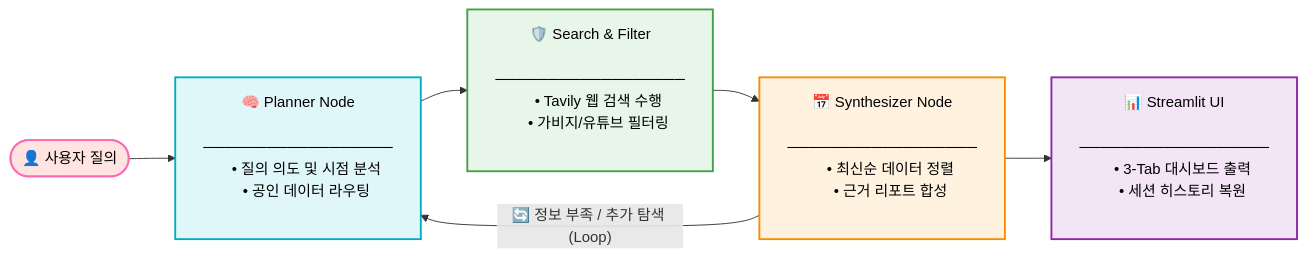
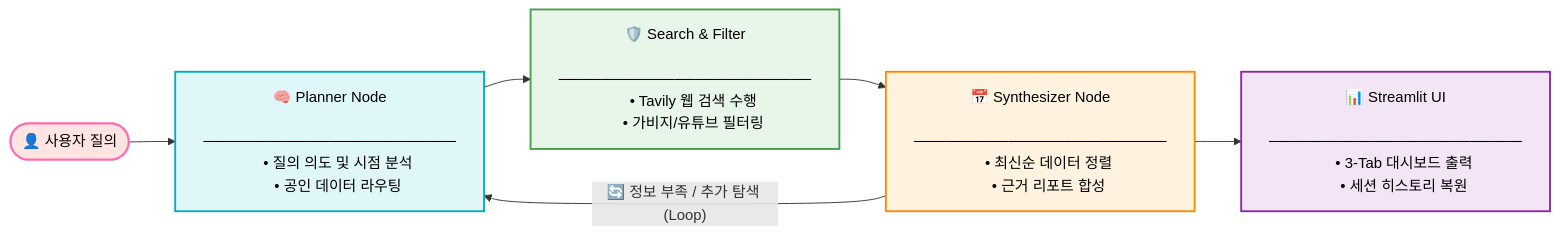
The diagram in README.md (sbg990530/Document-Agent), drawn with Mermaid before and after one commit.

````diff
--- a/README.md
+++ b/README.md
@@ -19,43 +19,39 @@
 ```mermaid
 graph LR
     classDef userStyle fill:#FFE4E1,stroke:#FF69B4,stroke-width:2px,color:#000;
     classDef plannerStyle fill:#E0F7FA,stroke:#00ACC1,stroke-width:2px,color:#000;
     classDef filterStyle fill:#E8F5E9,stroke:#43A047,stroke-width:2px,color:#000;
     classDef synthStyle fill:#FFF3E0,stroke:#FB8C00,stroke-width:2px,color:#000;
     classDef uiStyle fill:#F3E5F5,stroke:#8E24AA,stroke-width:2px,color:#000;
 
     A([👤 사용자 질의]):::userStyle 
     
-    B["🧠 Planner Node
-    ──────────────────
-    • 질의 의도 및 시점 분석
-    • 공인 데이터 라우팅
-    &nbsp;"]:::plannerStyle
+    B["&nbsp;&nbsp;&nbsp;&nbsp;🧠 Planner Node&nbsp;&nbsp;&nbsp;&nbsp;
+    ────────────────────────
+    &nbsp;• 질의 의도 및 시점 분석&nbsp;
+    &nbsp;• 공인 데이터 라우팅&nbsp;"]:::plannerStyle
     
-    C["🛡️ Search & Filter
-    ──────────────────
-    • Tavily 웹 검색 수행
-    • 가비지/유튜브 필터링
-    &nbsp;"]:::filterStyle
+    C["&nbsp;&nbsp;&nbsp;&nbsp;🛡️ Search & Filter&nbsp;&nbsp;&nbsp;&nbsp;
+    ────────────────────────
+    &nbsp;• Tavily 웹 검색 수행&nbsp;
+    &nbsp;• 가비지/유튜브 필터링&nbsp;"]:::filterStyle
     
-    D["📅 Synthesizer Node
-    ──────────────────
-    • 최신순 데이터 정렬
-    • 근거 리포트 합성
-    &nbsp;"]:::synthStyle
+    D["&nbsp;&nbsp;&nbsp;&nbsp;📅 Synthesizer Node&nbsp;&nbsp;&nbsp;&nbsp;
+    ────────────────────────
+    &nbsp;• 최신순 데이터 정렬&nbsp;
+    &nbsp;• 근거 리포트 합성&nbsp;"]:::synthStyle
     
-    E["📊 Streamlit UI
-    ──────────────────
-    • 3-Tab 대시보드 출력
-    • 세션 히스토리 복원
-    &nbsp;"]:::uiStyle
+    E["&nbsp;&nbsp;&nbsp;&nbsp;📊 Streamlit UI&nbsp;&nbsp;&nbsp;&nbsp;
+    ────────────────────────
+    &nbsp;• 3-Tab 대시보드 출력&nbsp;
+    &nbsp;• 세션 히스토리 복원&nbsp;"]:::uiStyle
 
     %% 정방향 파이프라인 흐름
     A --> B
     B --> C
     C --> D
     D --> E
     
     %% LangGraph 피드백 루프
     D -- "🔄 정보 부족 / 추가 탐색 (Loop)" --> B
 ```
````
